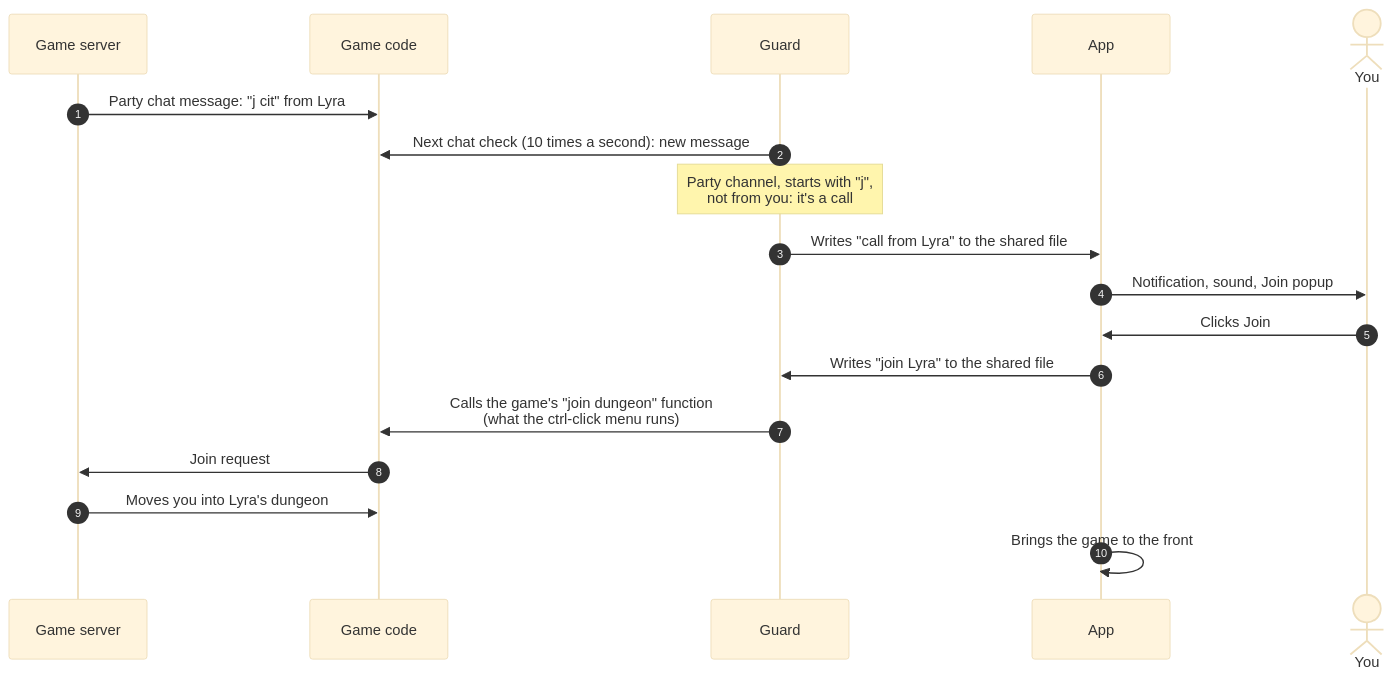
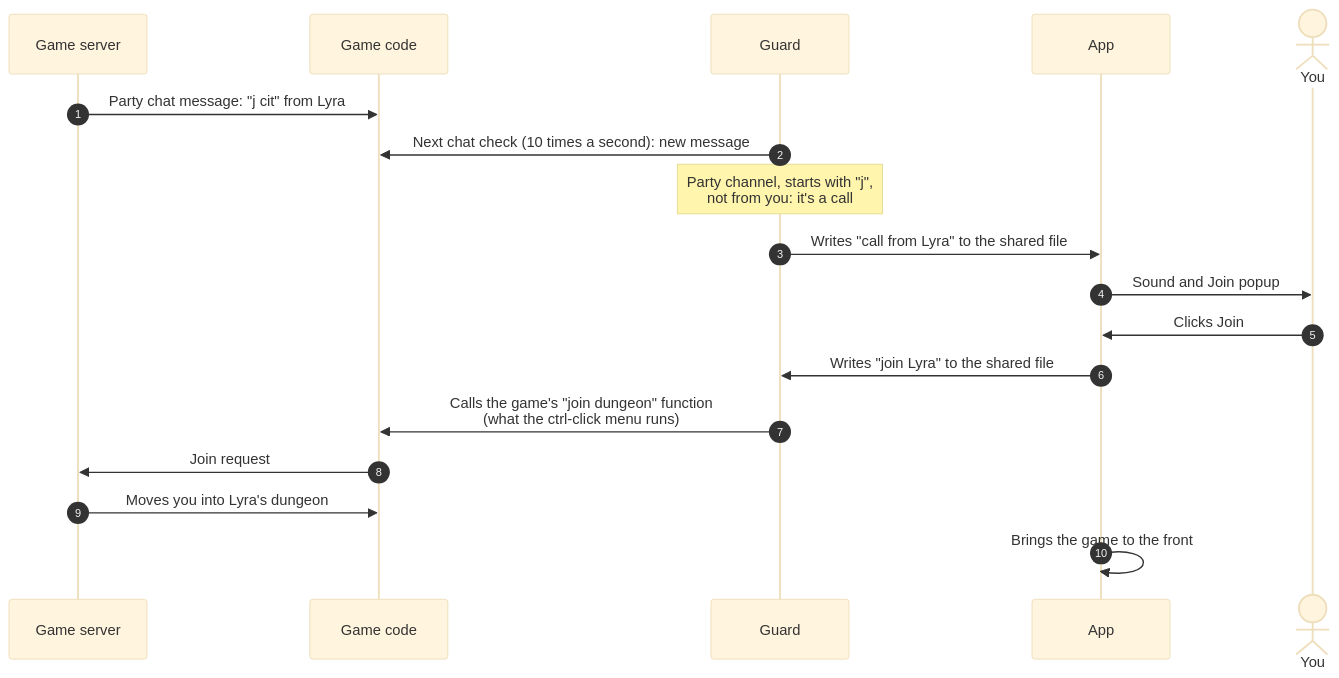
Before and after one commit to ehongkuo/exalt-client-mac: the sixth of 6 diagrams in docs/how-it-works.md, drawn with Mermaid (base theme). The commit also changed other lines of this file and 12 other files, not shown here.

````diff
--- a/docs/how-it-works.md
+++ b/docs/how-it-works.md
@@ -185,21 +185,21 @@
 ```mermaid
 sequenceDiagram
     autonumber
     participant S as Game server
     participant G as Game code
     participant GD as Guard
     participant A as App
     actor P as You
 
     S->>G: Party chat message: "j cit" from Lyra
     GD->>G: Next chat check (10 times a second): new message
     Note over GD: Party channel, starts with "j",<br/>not from you: it's a call
     GD->>A: Writes "call from Lyra" to the shared file
-    A->>P: Notification, sound, Join popup
+    A->>P: Sound and Join popup
     P->>A: Clicks Join
     A->>GD: Writes "join Lyra" to the shared file
     GD->>G: Calls the game's "join dungeon" function<br/>(what the ctrl-click menu runs)
     G->>S: Join request
     S->>G: Moves you into Lyra's dungeon
     A->>A: Brings the game to the front
 ```
````
